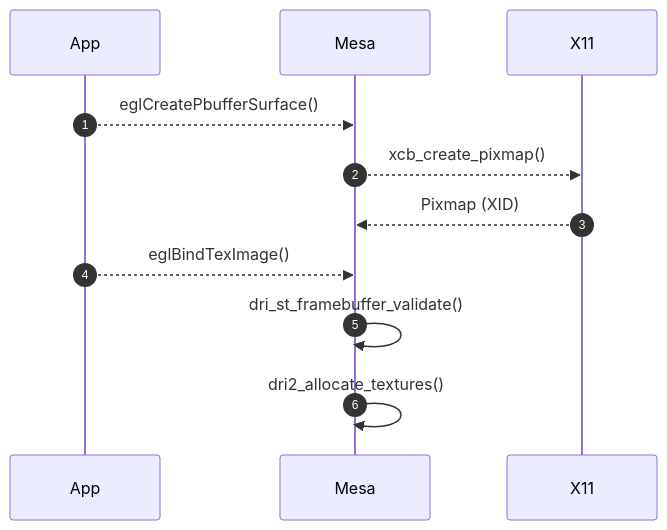
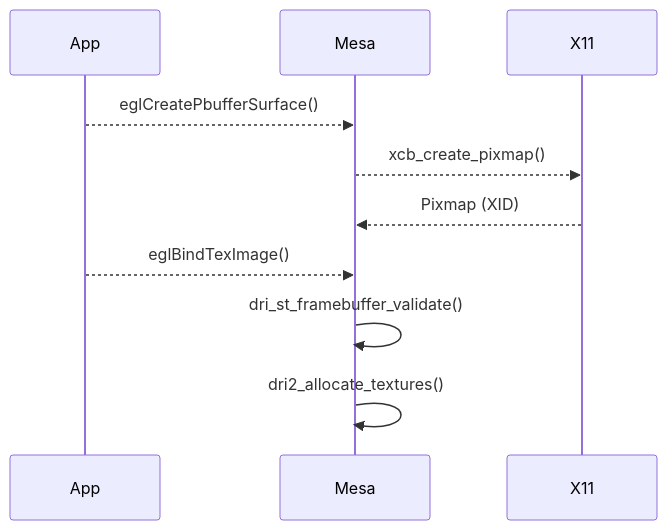
One commit to lucmann/lucmann.github.io changed the diagram in source/_posts/gfx/dri.md. Above: the diagram before and after it, drawn with Mermaid.

Commit message:
gfx: dri3_alloc_render_buffer drop autonumber in mermaid

````diff
--- a/source/_posts/gfx/dri.md
+++ b/source/_posts/gfx/dri.md
@@ -30,14 +30,13 @@
 ```mermaid
 sequenceDiagram
-    autonumber
     participant App
     participant Mesa
     participant X11
 
     App-->>Mesa: eglCreatePbufferSurface()
     Mesa-->>X11: xcb_create_pixmap()
     X11-->>Mesa: Pixmap (XID)
     App-->>Mesa: eglBindTexImage()
     Mesa->>Mesa: dri_st_framebuffer_validate()
     Mesa->>Mesa: dri2_allocate_textures()
 ```
````
